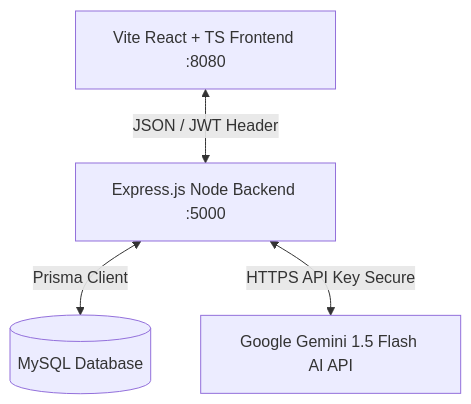
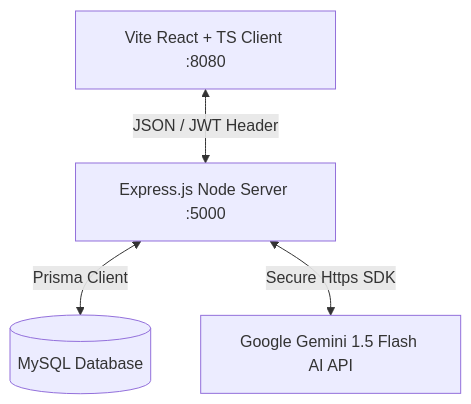
One commit to anuragsinghrajput123456789/MockVerse-Ai changed the diagram in README.md. Above: the diagram before and after it, drawn with Mermaid. The commit also changed other lines of this file and 115 other files, not shown here.

````diff
--- a/README.md
+++ b/README.md
@@ -22,6 +46,6 @@
 ```mermaid
 graph TD
-    Client[Vite React + TS Frontend :8080] <-->|JSON / JWT Header| Server[Express.js Node Backend :5000]
+    Client[Vite React + TS Client :8080] <-->|JSON / JWT Header| Server[Express.js Node Server :5000]
     Server <-->|Prisma Client| DB[(MySQL Database)]
-    Server <-->|HTTPS API Key Secure| Gemini[Google Gemini 1.5 Flash AI API]
+    Server <-->|Secure Https SDK| Gemini[Google Gemini 1.5 Flash AI API]
 ```
````
